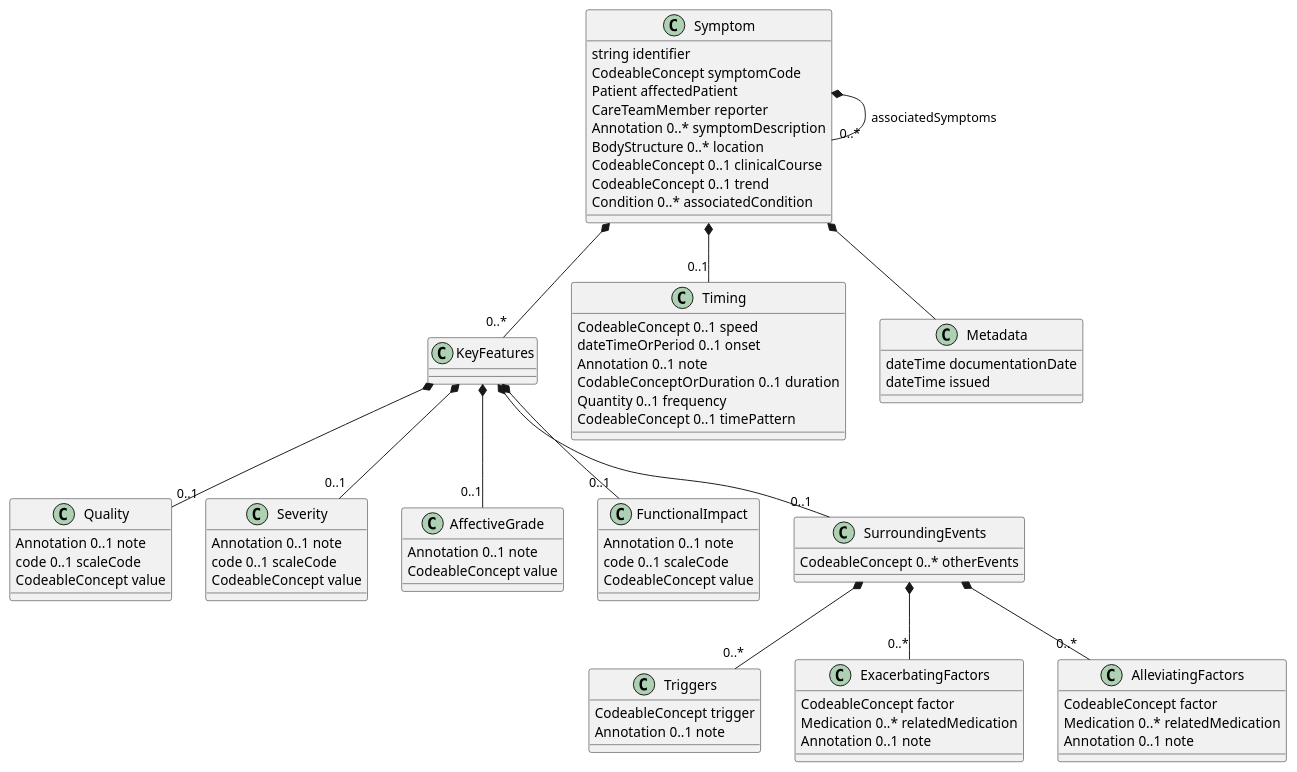
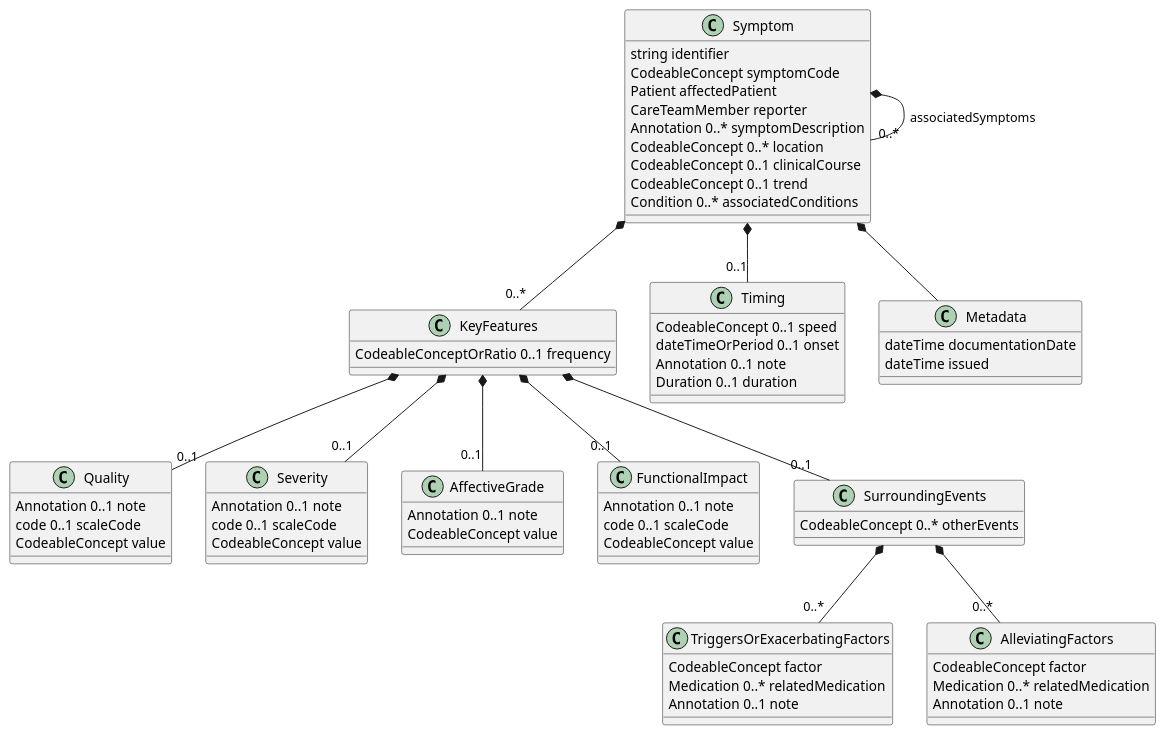
Before and after one commit to HL7/fhir-symptoms-ig: the diagram in input/images-source/SymptomLogicalModel.plantuml, drawn with PlantUML. The commit also changed 3 other files, not shown here.

Commit message:
Update model and diagram.

```diff
--- a/input/images-source/SymptomLogicalModel.plantuml
+++ b/input/images-source/SymptomLogicalModel.plantuml
@@ -1,78 +1,72 @@
 @startuml
 class Symptom {
   string identifier
   CodeableConcept symptomCode
   Patient affectedPatient
   CareTeamMember reporter
   Annotation 0..* symptomDescription
-  BodyStructure 0..* location
+  CodeableConcept 0..* location
   CodeableConcept 0..1 clinicalCourse
   CodeableConcept 0..1 trend
-  Condition 0..* associatedCondition
+  Condition 0..* associatedConditions
 }
 Symptom *-- "0..*" Symptom : associatedSymptoms
 Symptom *-- "0..*" KeyFeatures
 class KeyFeatures {
+  CodeableConceptOrRatio 0..1 frequency
 }
 KeyFeatures *-- "0..1" Quality
 class Quality {
   Annotation 0..1 note
   code 0..1 scaleCode
   CodeableConcept value
 }
 KeyFeatures *-- "0..1" Severity
 class Severity {
   Annotation 0..1 note
   code 0..1 scaleCode
   CodeableConcept value
 }
 KeyFeatures *-- "0..1" AffectiveGrade
 class AffectiveGrade {
   Annotation 0..1 note
   CodeableConcept value
 }
 KeyFeatures *-- "0..1" FunctionalImpact
 class FunctionalImpact {
   Annotation 0..1 note
   code 0..1 scaleCode
   CodeableConcept value
 }
 KeyFeatures *-- "0..1" SurroundingEvents
 class SurroundingEvents {
   CodeableConcept 0..* otherEvents
 }
-SurroundingEvents *-- "0..*" Triggers
-class Triggers {
-  CodeableConcept trigger
-  Annotation 0..1 note
-}
-SurroundingEvents *-- "0..*" ExacerbatingFactors
-class ExacerbatingFactors {
+SurroundingEvents *-- "0..*" TriggersOrExacerbatingFactors
+class TriggersOrExacerbatingFactors {
   CodeableConcept factor
   Medication 0..* relatedMedication
   Annotation 0..1 note
 }
 SurroundingEvents *-- "0..*" AlleviatingFactors
 class AlleviatingFactors {
   CodeableConcept factor
   Medication 0..* relatedMedication
   Annotation 0..1 note
 }
 
 Symptom *-- "0..1" Timing
 class Timing {
   CodeableConcept 0..1 speed
   dateTimeOrPeriod 0..1 onset
   Annotation 0..1 note
-  CodableConceptOrDuration 0..1 duration
-  Quantity 0..1 frequency
-  CodeableConcept 0..1 timePattern
+  Duration 0..1 duration
 }
 
 Symptom *-- Metadata
 class Metadata {
 dateTime documentationDate
 dateTime issued
 }
 
 @enduml
```
